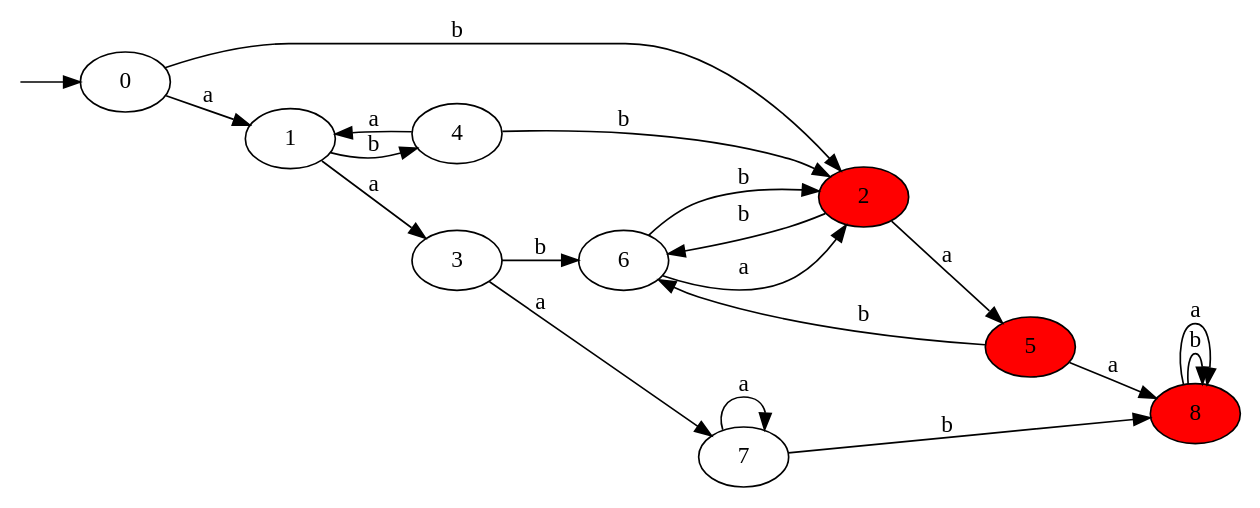
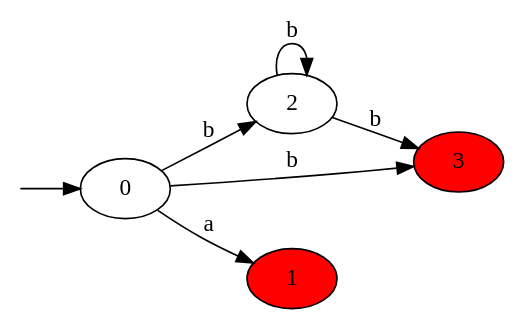
Before and after one commit to Nerfiti/MIPT_FORMAL_AUTOMATON_ALGORITHMS: the diagram in graph/automaton_1.dot, drawn with Graphviz. The commit also changed 18 other files, not shown here.

```diff
--- a/graph/automaton_1.dot
+++ b/graph/automaton_1.dot
@@ -1,33 +1,15 @@
 digraph {
 rankdir=LR
 fictitious [shape=point, label="", width=0, height=0]
 
 fictitious -> 0
 0
-1
-2 [fillcolor=red, style=filled]
-3
-4
-5 [fillcolor=red, style=filled]
-6
-7
-8 [fillcolor=red, style=filled]
 0 -> 2 [label=b]
-2 -> 6 [label=b]
-6 -> 2 [label=b]
-6 -> 2 [label=a]
-2 -> 5 [label=a]
-5 -> 8 [label=a]
-8 -> 8 [label=b]
-8 -> 8 [label=a]
-5 -> 6 [label=b]
+2
+2 -> 2 [label=b]
+2 -> 3 [label=b]
+3 [fillcolor=red, style=filled]
+0 -> 3 [label=b]
 0 -> 1 [label=a]
-1 -> 4 [label=b]
-4 -> 2 [label=b]
-4 -> 1 [label=a]
-1 -> 3 [label=a]
-3 -> 6 [label=b]
-3 -> 7 [label=a]
-7 -> 8 [label=b]
-7 -> 7 [label=a]
+1 [fillcolor=red, style=filled]
 }
```
